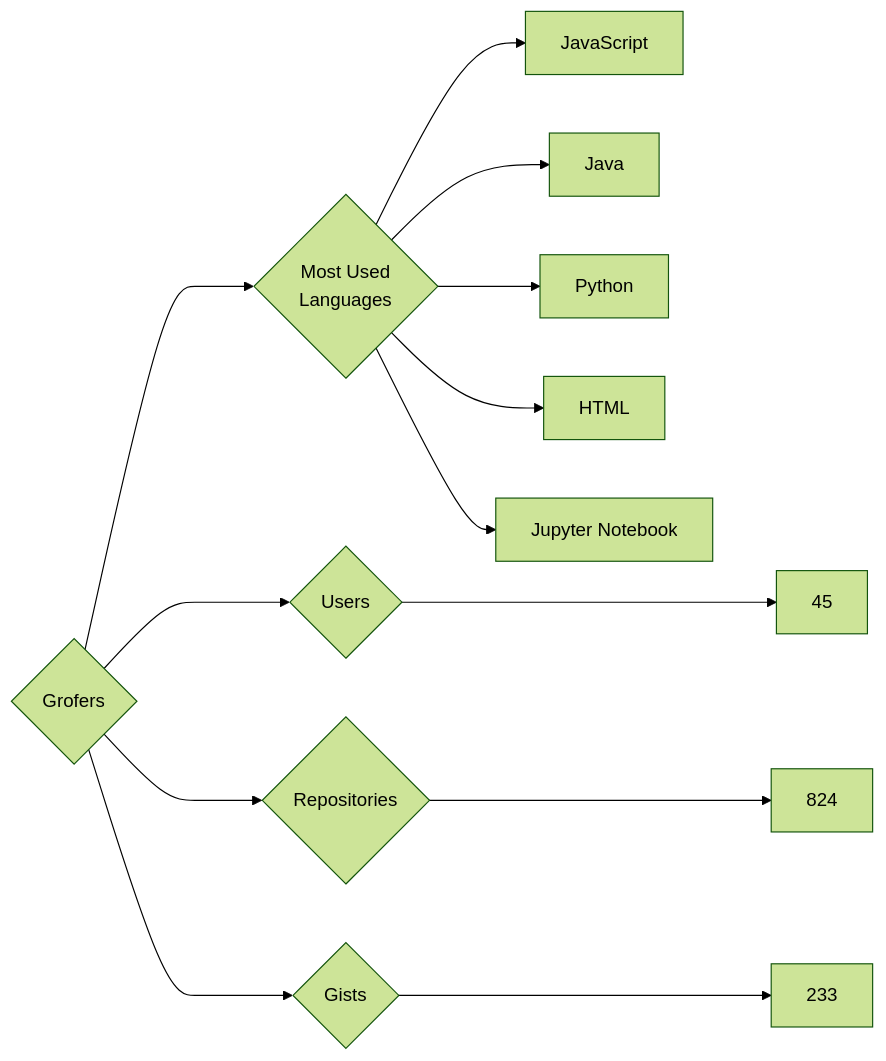
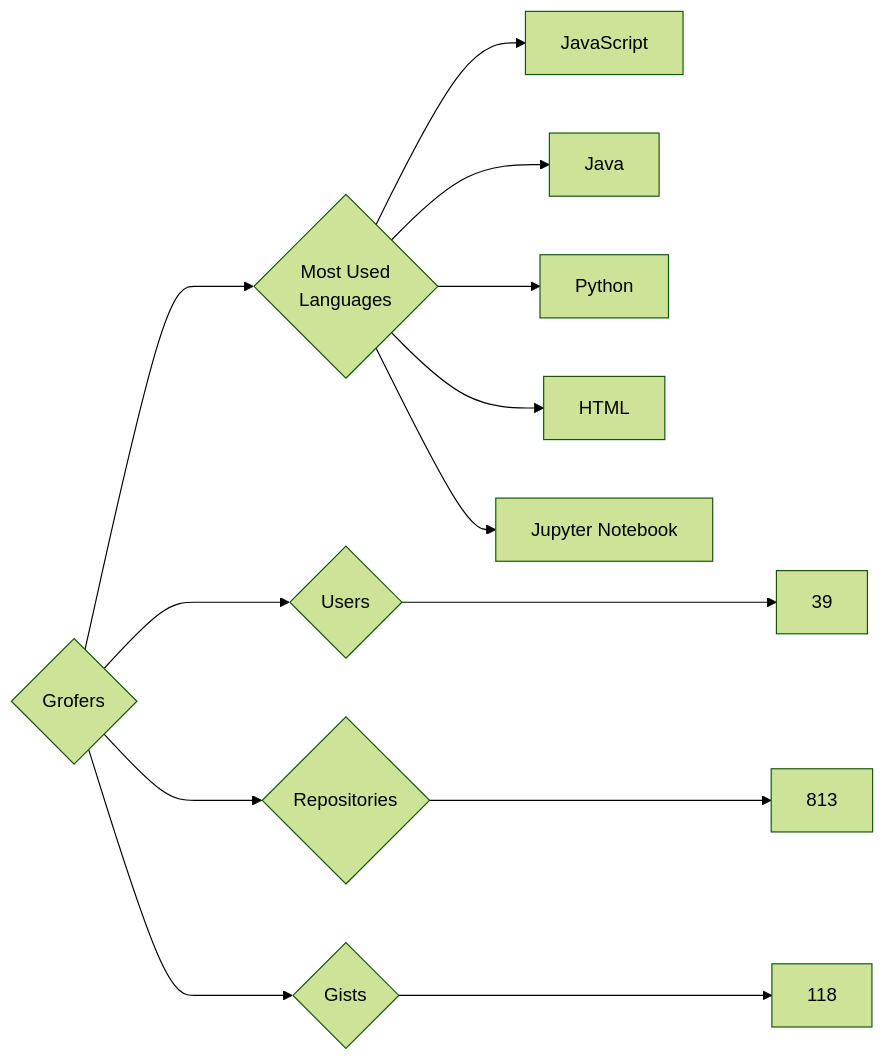
One commit to trickest/insiders changed the diagram in targets/Grofers/README.md. Above: the diagram before and after it, drawn with Mermaid (forest theme). The commit also changed 688 other files, not shown here.

````diff
--- a/targets/Grofers/README.md
+++ b/targets/Grofers/README.md
@@ -3,13 +3,13 @@
 ```mermaid
 graph LR
 COMPANY_NAME{Grofers}
-COMPANY_NAME ---> U{Users} ---> UN[45]
-COMPANY_NAME ---> R{Repositories} ---> RN[824]
-COMPANY_NAME ---> G{Gists} ---> GN[233]
+COMPANY_NAME ---> U{Users} ---> UN[39]
+COMPANY_NAME ---> R{Repositories} ---> RN[813]
+COMPANY_NAME ---> G{Gists} ---> GN[118]
 COMPANY_NAME ---> ML{Most Used<br>Languages}
 ML --> JavaScript[JavaScript]
 ML --> Java[Java]
 ML --> Python[Python]
 ML --> HTML[HTML]
 ML --> Jupyter_Notebook[Jupyter Notebook]
 ```
````
